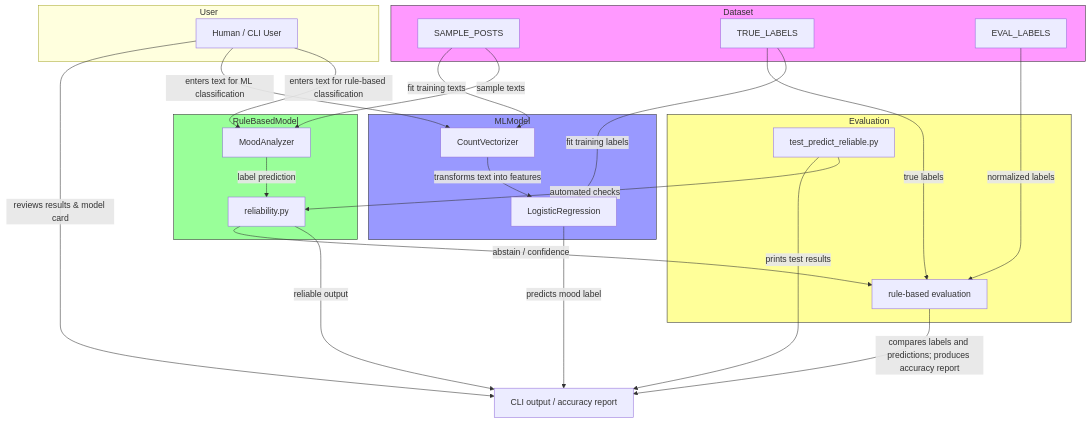
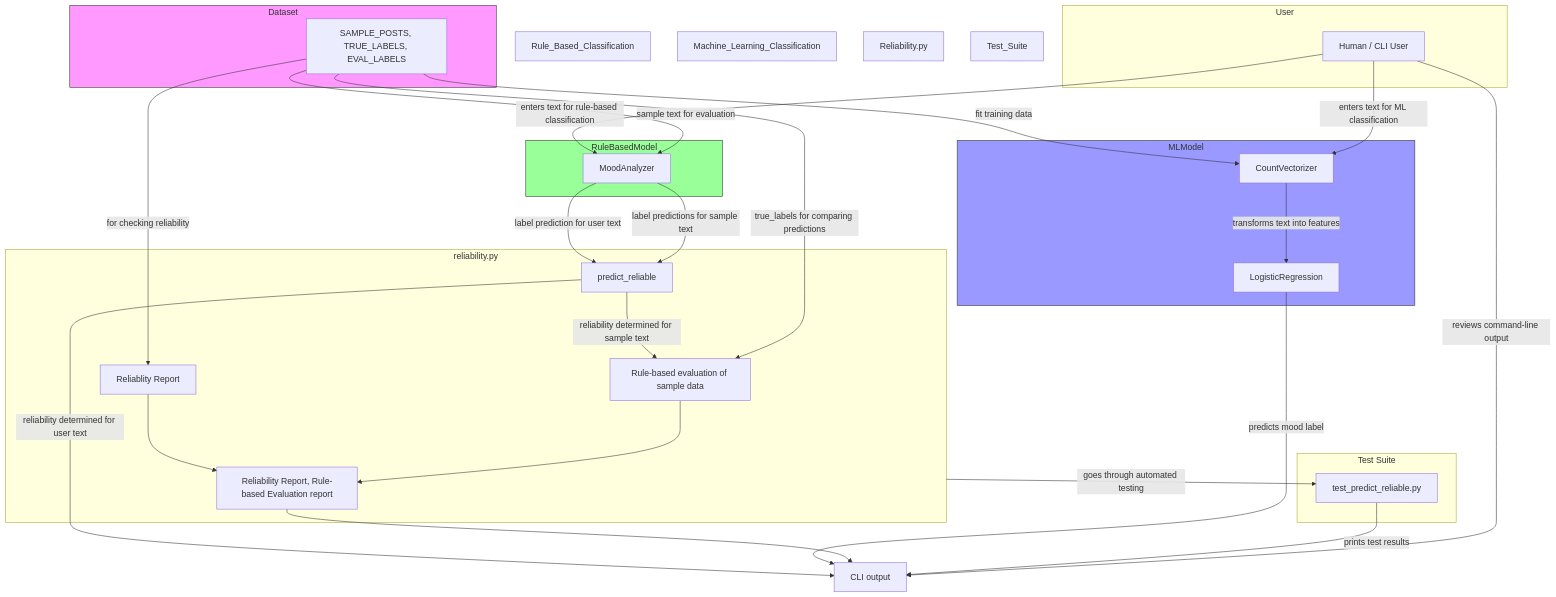
One commit to joegon806/applied-ai-system-project changed the diagram in uml.mmd. Above: the diagram before and after it, drawn with Mermaid. The commit also changed 6 other files, not shown here.

Commit message:
Portfolio Artifact + moved rule-based-eval to reliability.py

```diff
--- a/uml.mmd
+++ b/uml.mmd
@@ -1,49 +1,58 @@
 flowchart TD
     subgraph User
-        U[Human / CLI User]
+USER[Human / CLI User]
     end
 
     subgraph Dataset
-        DS1[SAMPLE_POSTS]
-        DS2[TRUE_LABELS]
-        DS3[EVAL_LABELS]
+        DS[SAMPLE_POSTS, TRUE_LABELS, EVAL_LABELS]
     end
 
     subgraph RuleBasedModel
         MA[MoodAnalyzer]
-        REL[reliability.py]
     end
 
     subgraph MLModel
         VEC[CountVectorizer]
         ML[LogisticRegression]
     end
 
-    subgraph Evaluation
-        EVAL[rule-based evaluation]
+    subgraph reliability.py
+        REL[predict_reliable]
+        EVAL[Rule-based evaluation of sample data]
+        REP[Reliablity Report]
+        REOUT[Reliability Report, Rule-based Evaluation report]
+    end
+
+    subgraph Test Suite
         TEST[test_predict_reliable.py]
     end
 
-    U -->|enters text for rule-based classification| MA
-    DS1 -->|sample texts| MA
-    MA -->|label prediction| REL
-    REL -->|reliable output| Output[CLI output / accuracy report]
+    Rule_Based_Classification
+    USER -->|enters text for rule-based classification| MA
+    MA -->|label prediction for user text| REL
+    REL -->|reliability determined for user text| Output[CLI output]
 
-    DS1 -->|fit training texts| VEC
-    DS2 -->|fit training labels| ML
-    U -->|enters text for ML classification| VEC
+    Machine_Learning_Classification
+    DS -->|fit training data| VEC
+    USER -->|enters text for ML classification| VEC
     VEC -->|transforms text into features| ML
     ML -->|predicts mood label| Output
-    DS2 -->|true labels| EVAL
-    DS3 -->|normalized labels| EVAL
-    REL -->|abstain / confidence| EVAL
-    EVAL -->|compares labels and predictions; produces accuracy report| Output
-    
-    TEST -->|automated checks| REL
+
+    Reliability.py
+    DS -->|for checking reliability| REP
+    REP --> REOUT
+    DS -->|sample text for evaluation| MA
+    MA --> |label predictions for sample text| REL
+    REL -->|reliability determined for sample text| EVAL
+    DS -->|true_labels for comparing predictions| EVAL
+    EVAL --> REOUT
+    REOUT --> Output
+
+    Test_Suite
+    reliability.py -->|goes through automated testing| TEST
     TEST -->|prints test results| Output
-    U -->|reviews results & model card| Output
+    USER -->|reviews command-line output| Output
 
     style Dataset fill:#f9f,stroke:#333,stroke-width:1px
     style RuleBasedModel fill:#9f9,stroke:#333,stroke-width:1px
     style MLModel fill:#99f,stroke:#333,stroke-width:1px
-    style Evaluation fill:#ff9,stroke:#333,stroke-width:1px
```
